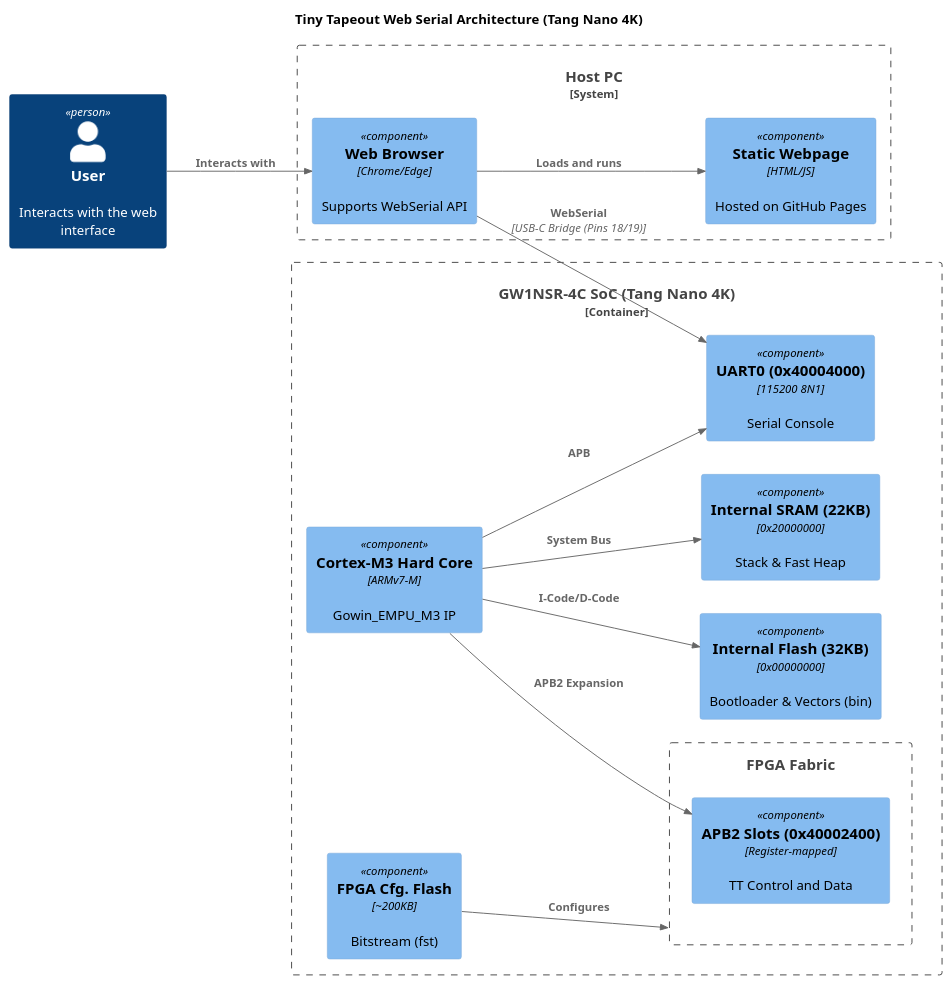
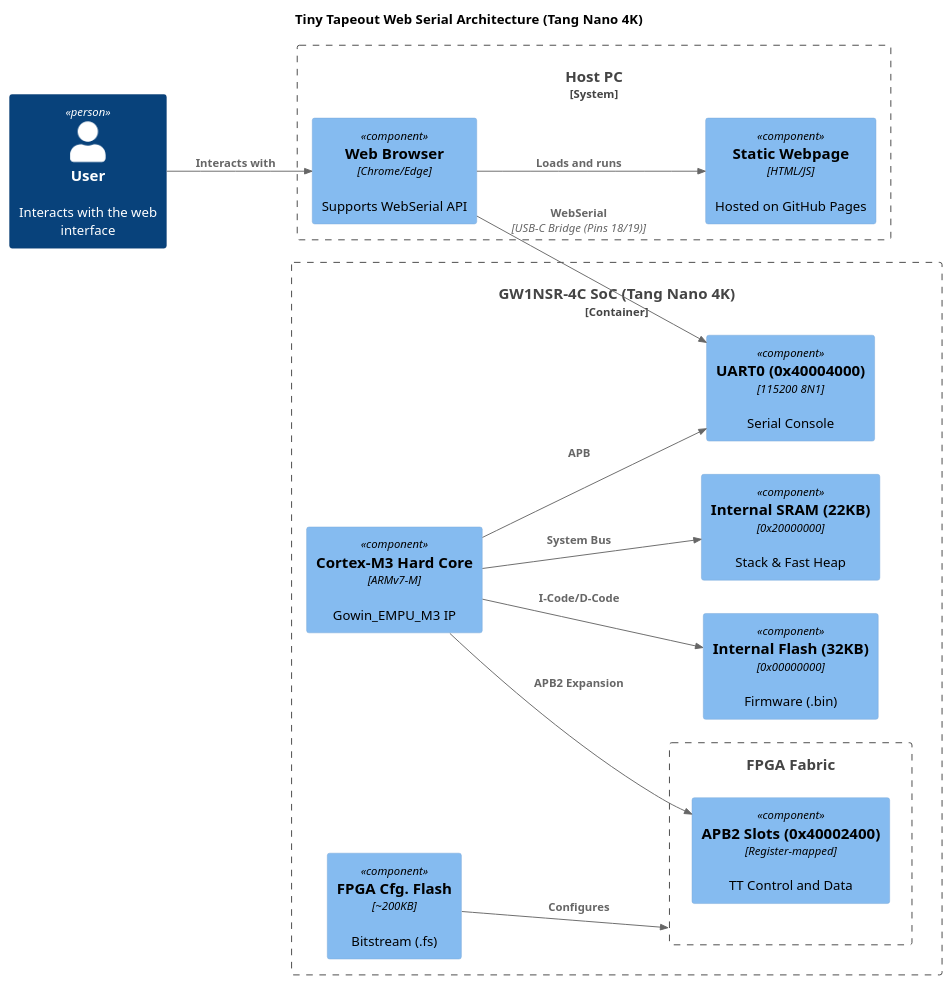
Before and after one commit to chatelao/tiny-tapeout-web-uart-tang-nano: the diagram in architecture.puml, drawn with PlantUML.

Commit message:
docs: update architecture diagram with firmware and bitstream file labels

```diff
--- a/architecture.puml
+++ b/architecture.puml
@@ -1,39 +1,39 @@
 @startuml architecture
 !include https://raw.githubusercontent.com/plantuml-stdlib/C4-PlantUML/master/C4_Component.puml
 
 LAYOUT_LEFT_RIGHT()
 
 title Tiny Tapeout Web Serial Architecture (Tang Nano 4K)
 
 Person(user, "User", "Interacts with the web interface")
 
 System_Boundary(host, "Host PC") {
     Component(browser, "Web Browser", "Chrome/Edge", "Supports WebSerial API")
     Component(web_page, "Static Webpage", "HTML/JS", "Hosted on GitHub Pages")
     Rel(browser, web_page, "Loads and runs")
 }
 
 Container_Boundary(soc, "GW1NSR-4C SoC (Tang Nano 4K)") {
     Component(m3, "Cortex-M3 Hard Core", "ARMv7-M", "Gowin_EMPU_M3 IP")
 
     Boundary(fabric, "FPGA Fabric") {
         Component(apb_slots, "APB2 Slots (0x40002400)", "Register-mapped", "TT Control and Data")
 
         Rel(m3, apb_slots, "APB2 Expansion")
     }
 
-    Component(int_flash, "Internal Flash (32KB)", "0x00000000", "Bootloader & Vectors (bin)")
+    Component(int_flash, "Internal Flash (32KB)", "0x00000000", "Firmware (.bin)")
     Component(int_sram, "Internal SRAM (22KB)", "0x20000000", "Stack & Fast Heap")
     Component(uart0, "UART0 (0x40004000)", "115200 8N1", "Serial Console")
-    Component(cfg_flash, "FPGA Cfg. Flash", "~200KB", "Bitstream (fst)")
+    Component(cfg_flash, "FPGA Cfg. Flash", "~200KB", "Bitstream (.fs)")
 
     Rel(m3, int_flash, "I-Code/D-Code")
     Rel(m3, int_sram, "System Bus")
     Rel(m3, uart0, "APB")
     Rel(cfg_flash, fabric, "Configures")
 }
 
 Rel(user, browser, "Interacts with")
 Rel(browser, uart0, "WebSerial", "USB-C Bridge (Pins 18/19)")
 
 @enduml
```
